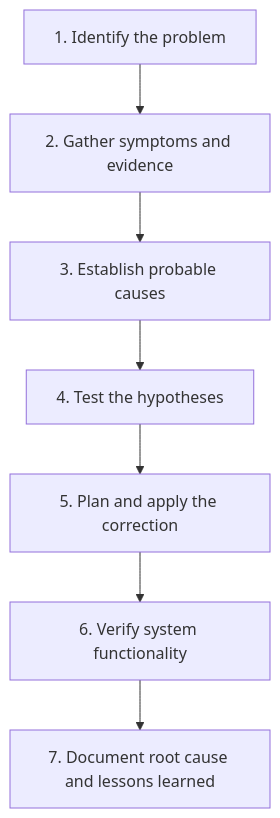
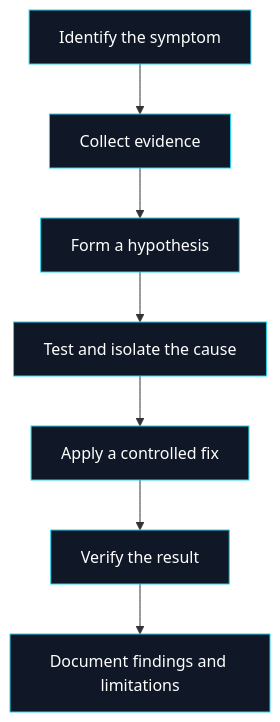
The diagram in README.md (anudoranador87/it-support-labs), drawn with Mermaid before and after one commit. The commit also changed other lines of this file, not shown here.

````diff
--- a/README.md
+++ b/README.md
@@ -175,9 +132,11 @@
-```mermaid
+~~~mermaid
 flowchart TD
-    A["1. Identify the problem"] --> B["2. Gather symptoms and evidence"]
-    B --> C["3. Establish probable causes"]
-    C --> D["4. Test the hypotheses"]
-    D --> E["5. Plan and apply the correction"]
-    E --> F["6. Verify system functionality"]
-    F --> G["7. Document root cause and lessons learned"]
-```
+    A["Identify the symptom"] --> B["Collect evidence"]
+    B --> C["Form a hypothesis"]
+    C --> D["Test and isolate the cause"]
+    D --> E["Apply a controlled fix"]
+    E --> F["Verify the result"]
+    F --> G["Document findings and limitations"]
+    classDef step fill:#101827,stroke:#22D3EE,color:#FFFFFF
+    class A,B,C,D,E,F,G step
+~~~
````
